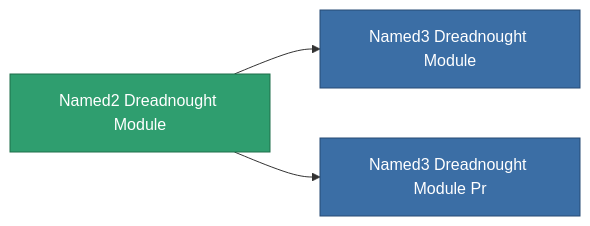
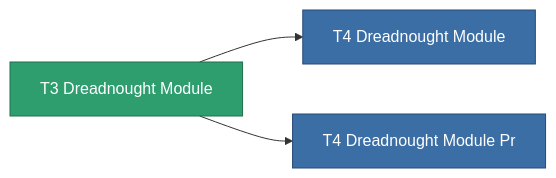
The diagram in content/content/items/named2_dreadnought_module.md (OpenPerpetuum/Wiki), drawn with Mermaid before and after one commit. The commit also changed other lines of this file and 4904 other files, not shown here.

````diff
--- a/content/content/items/named2_dreadnought_module.md
+++ b/content/content/items/named2_dreadnought_module.md
@@ -69,13 +53,13 @@
 ```mermaid
 graph LR
-    a["Named2 Dreadnought Module"]:::current
-    b["Named3 Dreadnought Module"]:::prod
+    a["T3 Dreadnought Module"]:::current
+    b["T4 Dreadnought Module"]:::prod
     a --> b
-    click b "/content/items/named3-dreadnought-module/" "Named3 Dreadnought Module"
-    c["Named3 Dreadnought Module Pr"]:::prod
+    click b "/content/items/named3-dreadnought-module/" "T4 Dreadnought Module"
+    c["T4 Dreadnought Module Pr"]:::prod
     a --> c
-    click c "/content/items/named3-dreadnought-module-pr/" "Named3 Dreadnought Module Pr"
+    click c "/content/items/named3-dreadnought-module-pr/" "T4 Dreadnought Module Pr"
     classDef current fill:#2f9e6f,stroke:#1f6f4a,color:#ffffff
     classDef prod fill:#3b6ea5,stroke:#274a75,color:#ffffff
     classDef more fill:#39445a,stroke:#54658a,color:#d5dbe8
 ```
````
